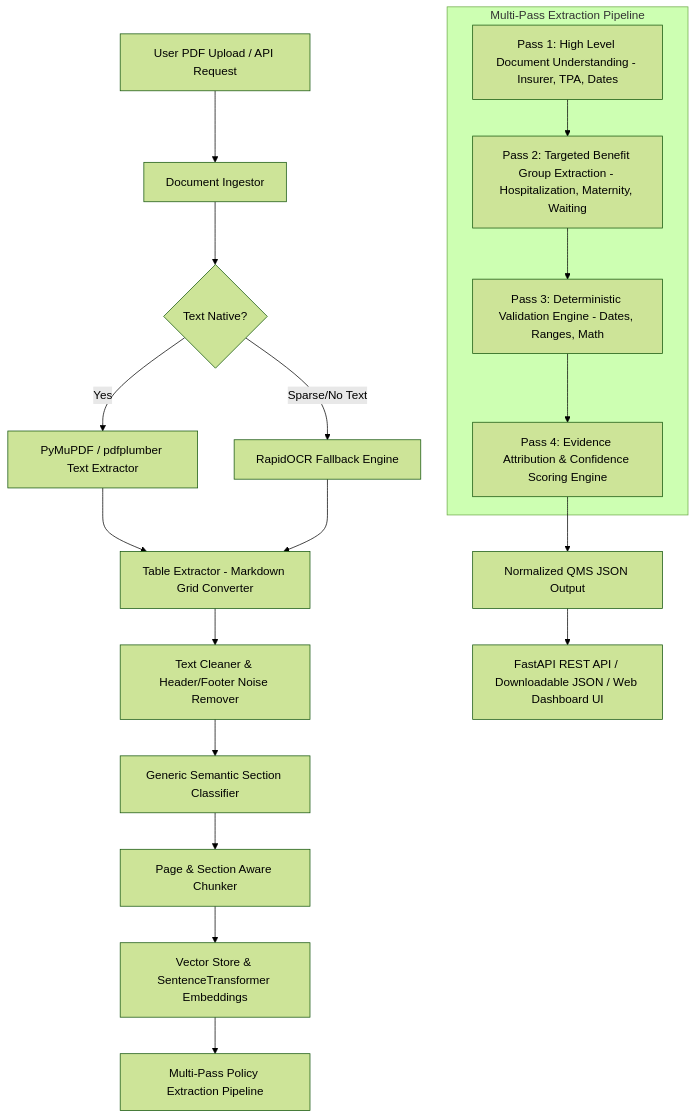
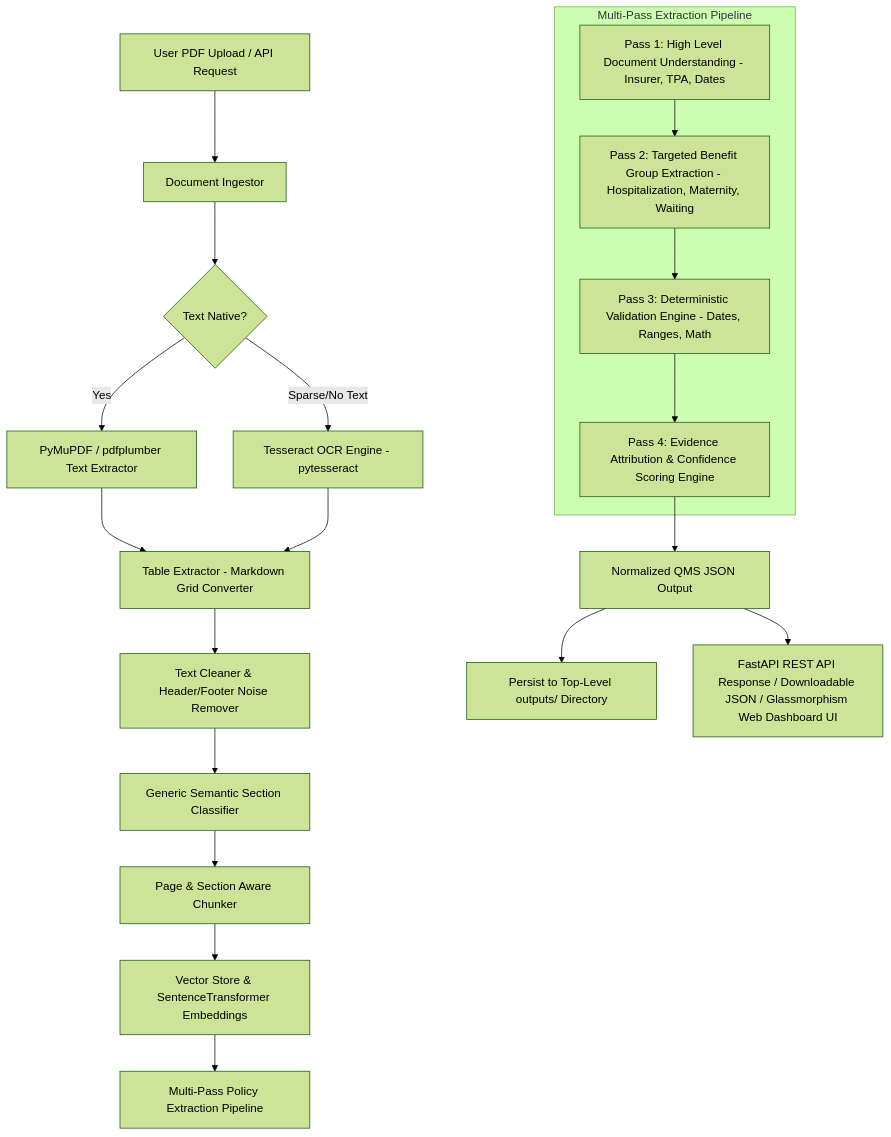
One commit to gargmadhav/PlanCover_assignment changed the diagram in docs/architecture.md. Above: the diagram before and after it, drawn with Mermaid (forest theme). The commit also changed other lines of this file and 75 other files, not shown here.

````diff
--- a/docs/architecture.md
+++ b/docs/architecture.md
@@ -5,25 +5,26 @@
 ```mermaid
 flowchart TD
     A[User PDF Upload / API Request] --> B[Document Ingestor]
     B --> C{Text Native?}
     C -- Yes --> D[PyMuPDF / pdfplumber Text Extractor]
-    C -- Sparse/No Text --> E[RapidOCR Fallback Engine]
+    C -- Sparse/No Text --> E[Tesseract OCR Engine - pytesseract]
     D --> F[Table Extractor - Markdown Grid Converter]
     E --> F
     F --> G[Text Cleaner & Header/Footer Noise Remover]
     G --> H[Generic Semantic Section Classifier]
     H --> I[Page & Section Aware Chunker]
     I --> J[Vector Store & SentenceTransformer Embeddings]
     J --> K[Multi-Pass Policy Extraction Pipeline]
     
     subgraph Multi-Pass Extraction Pipeline
         K1[Pass 1: High Level Document Understanding - Insurer, TPA, Dates]
         K2[Pass 2: Targeted Benefit Group Extraction - Hospitalization, Maternity, Waiting]
         K3[Pass 3: Deterministic Validation Engine - Dates, Ranges, Math]
         K4[Pass 4: Evidence Attribution & Confidence Scoring Engine]
         K1 --> K2 --> K3 --> K4
     end
 
     K4 --> L[Normalized QMS JSON Output]
-    L --> M[FastAPI REST API / Downloadable JSON / Web Dashboard UI]
+    L --> M[Persist to Top-Level outputs/ Directory]
+    L --> N[FastAPI REST API Response / Downloadable JSON / Glassmorphism Web Dashboard UI]
 ```
````
